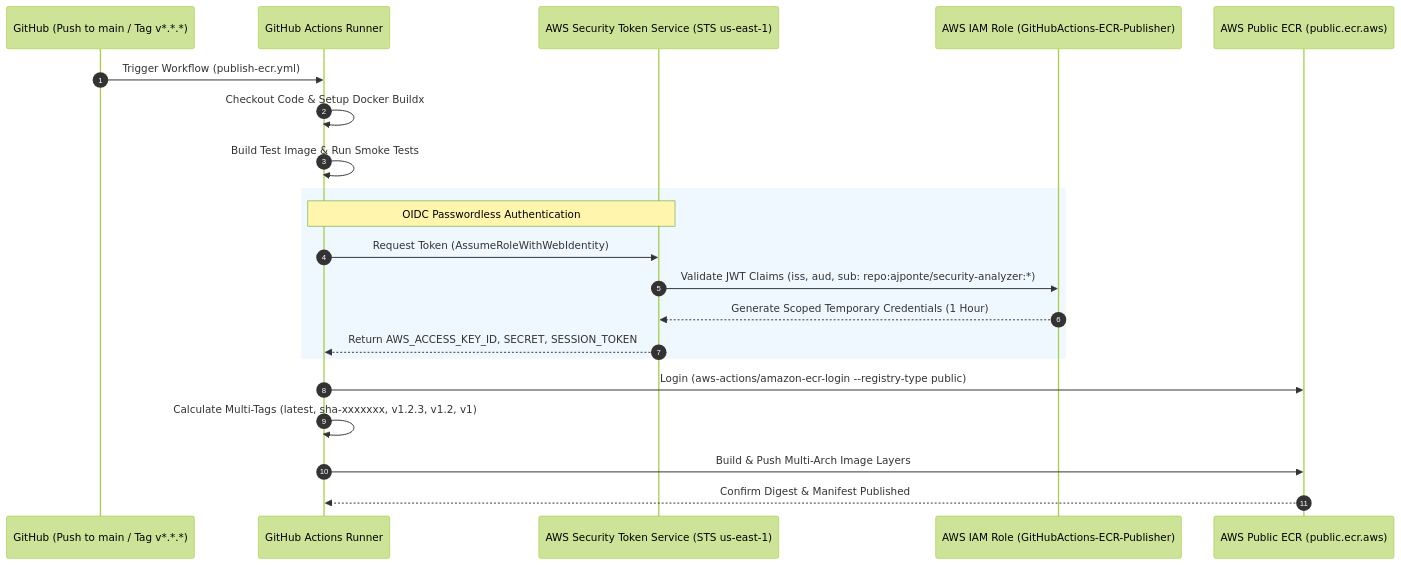
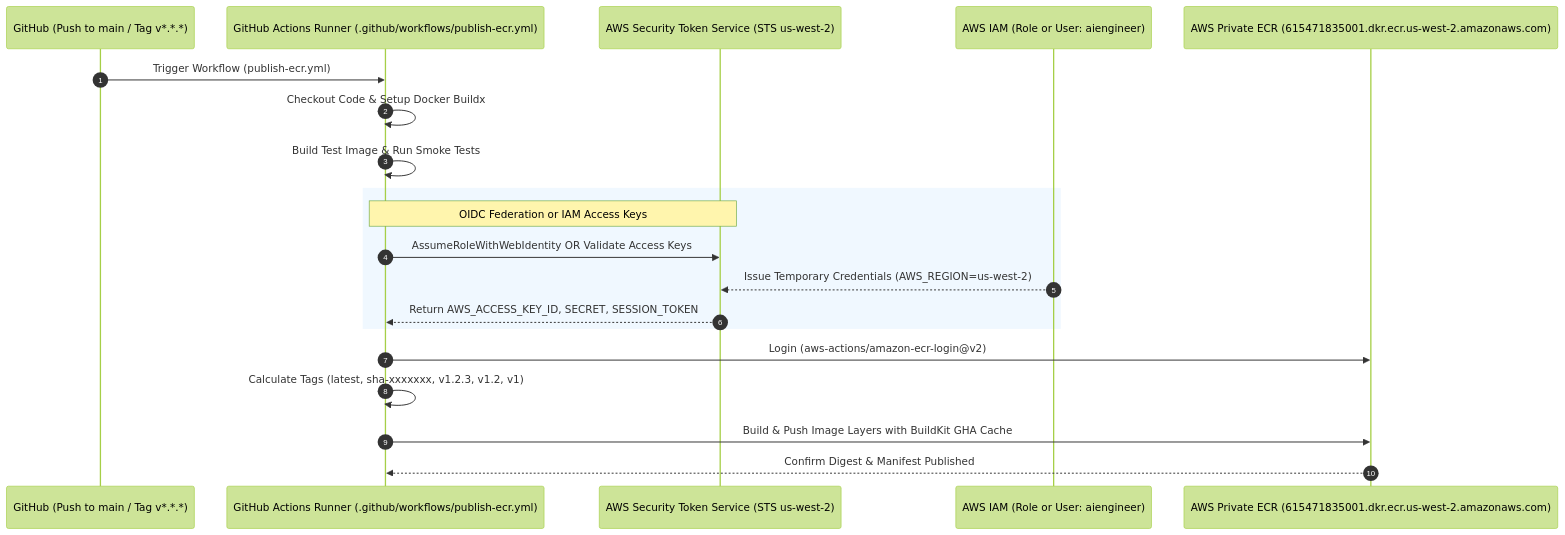
One commit to ajponte/security-analyzer changed the fifth of 6 diagrams in docs/specs/docker-gha-integration.md. Above: the diagram before and after it, drawn with Mermaid (forest theme). The commit also changed other lines of this file and 7 other files, not shown here.

````diff
--- a/docs/specs/docker-gha-integration.md
+++ b/docs/specs/docker-gha-integration.md
@@ -412,26 +383,25 @@
 ```mermaid
 sequenceDiagram
     autonumber
     participant Git as GitHub (Push to main / Tag v*.*.*)
-    participant GHA as GitHub Actions Runner
-    participant STS as AWS Security Token Service (STS us-east-1)
-    participant IAM as AWS IAM Role (GitHubActions-ECR-Publisher)
-    participant ECR as AWS Public ECR (public.ecr.aws)
+    participant GHA as GitHub Actions Runner (.github/workflows/publish-ecr.yml)
+    participant STS as AWS Security Token Service (STS us-west-2)
+    participant IAM as AWS IAM (Role or User: aiengineer)
+    participant ECR as AWS Private ECR (615471835001.dkr.ecr.us-west-2.amazonaws.com)
 
     Git->>GHA: Trigger Workflow (publish-ecr.yml)
     GHA->>GHA: Checkout Code & Setup Docker Buildx
     GHA->>GHA: Build Test Image & Run Smoke Tests
     
     rect rgb(240, 248, 255)
-        Note over GHA,STS: OIDC Passwordless Authentication
-        GHA->>STS: Request Token (AssumeRoleWithWebIdentity)
-        STS->>IAM: Validate JWT Claims (iss, aud, sub: repo:ajponte/security-analyzer:*)
-        IAM-->>STS: Generate Scoped Temporary Credentials (1 Hour)
+        Note over GHA,STS: OIDC Federation or IAM Access Keys
+        GHA->>STS: AssumeRoleWithWebIdentity OR Validate Access Keys
+        IAM-->>STS: Issue Temporary Credentials (AWS_REGION=us-west-2)
         STS-->>GHA: Return AWS_ACCESS_KEY_ID, SECRET, SESSION_TOKEN
     end
 
-    GHA->>ECR: Login (aws-actions/amazon-ecr-login --registry-type public)
-    GHA->>GHA: Calculate Multi-Tags (latest, sha-xxxxxxx, v1.2.3, v1.2, v1)
-    GHA->>ECR: Build & Push Multi-Arch Image Layers
+    GHA->>ECR: Login (aws-actions/amazon-ecr-login@v2)
+    GHA->>GHA: Calculate Tags (latest, sha-xxxxxxx, v1.2.3, v1.2, v1)
+    GHA->>ECR: Build & Push Image Layers with BuildKit GHA Cache
     ECR-->>GHA: Confirm Digest & Manifest Published
 ```
````
